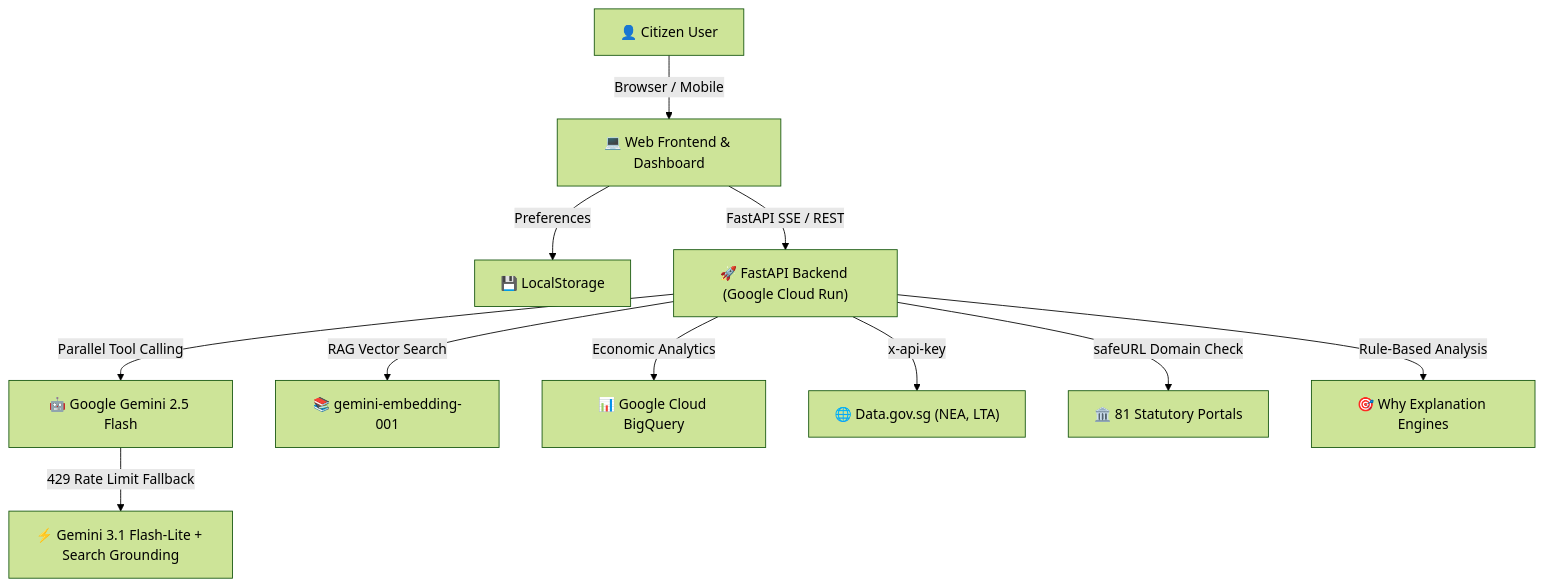
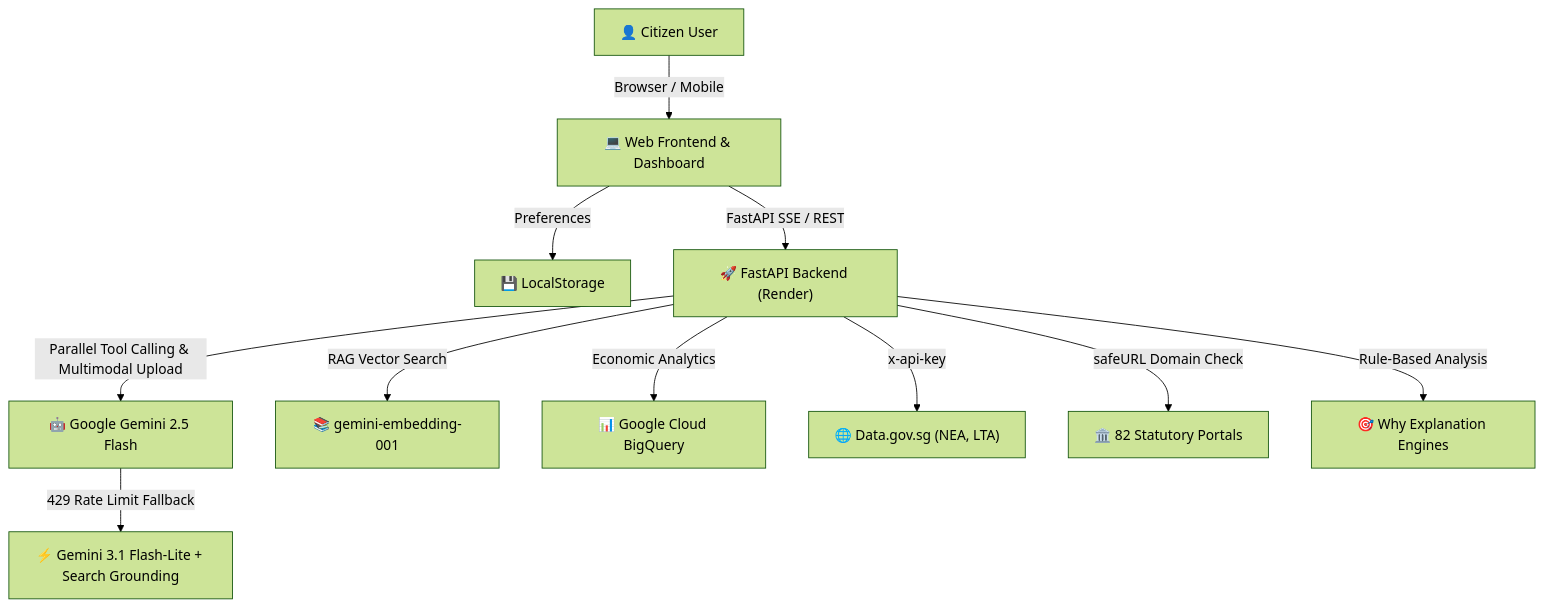
Before and after one commit to leshweyeewin/merlion-os: the diagram in docs/architecture_diagram.md, drawn with Mermaid (forest theme). The commit also changed 7 other files, not shown here.

````diff
--- a/docs/architecture_diagram.md
+++ b/docs/architecture_diagram.md
@@ -5,15 +5,15 @@
 ```mermaid
 flowchart TD
     User["👤 Citizen User"] -->|Browser / Mobile| FE["💻 Web Frontend & Dashboard"]
     FE -->|Preferences| LocalStorage["💾 LocalStorage"]
-    FE -->|FastAPI SSE / REST| API["🚀 FastAPI Backend (Google Cloud Run)"]
+    FE -->|FastAPI SSE / REST| API["🚀 FastAPI Backend (Render)"]
 
-    API -->|Parallel Tool Calling| Gemini["🤖 Google Gemini 2.5 Flash"]
+    API -->|Parallel Tool Calling & Multimodal Upload| Gemini["🤖 Google Gemini 2.5 Flash"]
     API -->|RAG Vector Search| Embed["📚 gemini-embedding-001"]
     Gemini -->|429 Rate Limit Fallback| FlashLite["⚡ Gemini 3.1 Flash-Lite + Search Grounding"]
 
     API -->|Economic Analytics| BQ["📊 Google Cloud BigQuery"]
     API -->|x-api-key| DataGov["🌐 Data.gov.sg (NEA, LTA)"]
-    API -->|safeURL Domain Check| GovPortals["🏛️ 81 Statutory Portals"]
+    API -->|safeURL Domain Check| GovPortals["🏛️ 82 Statutory Portals"]
     API -->|Rule-Based Analysis| WhyEngines["🎯 Why Explanation Engines"]
 ```
````
